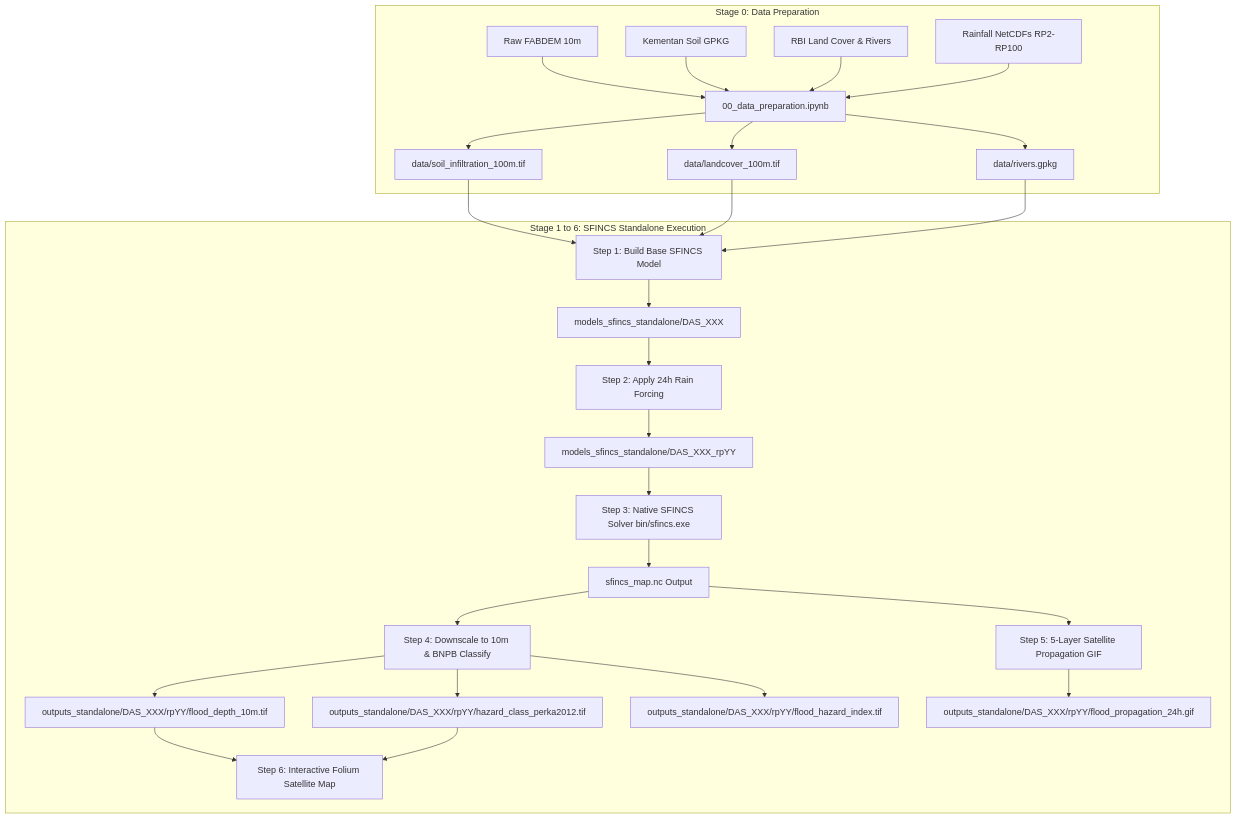
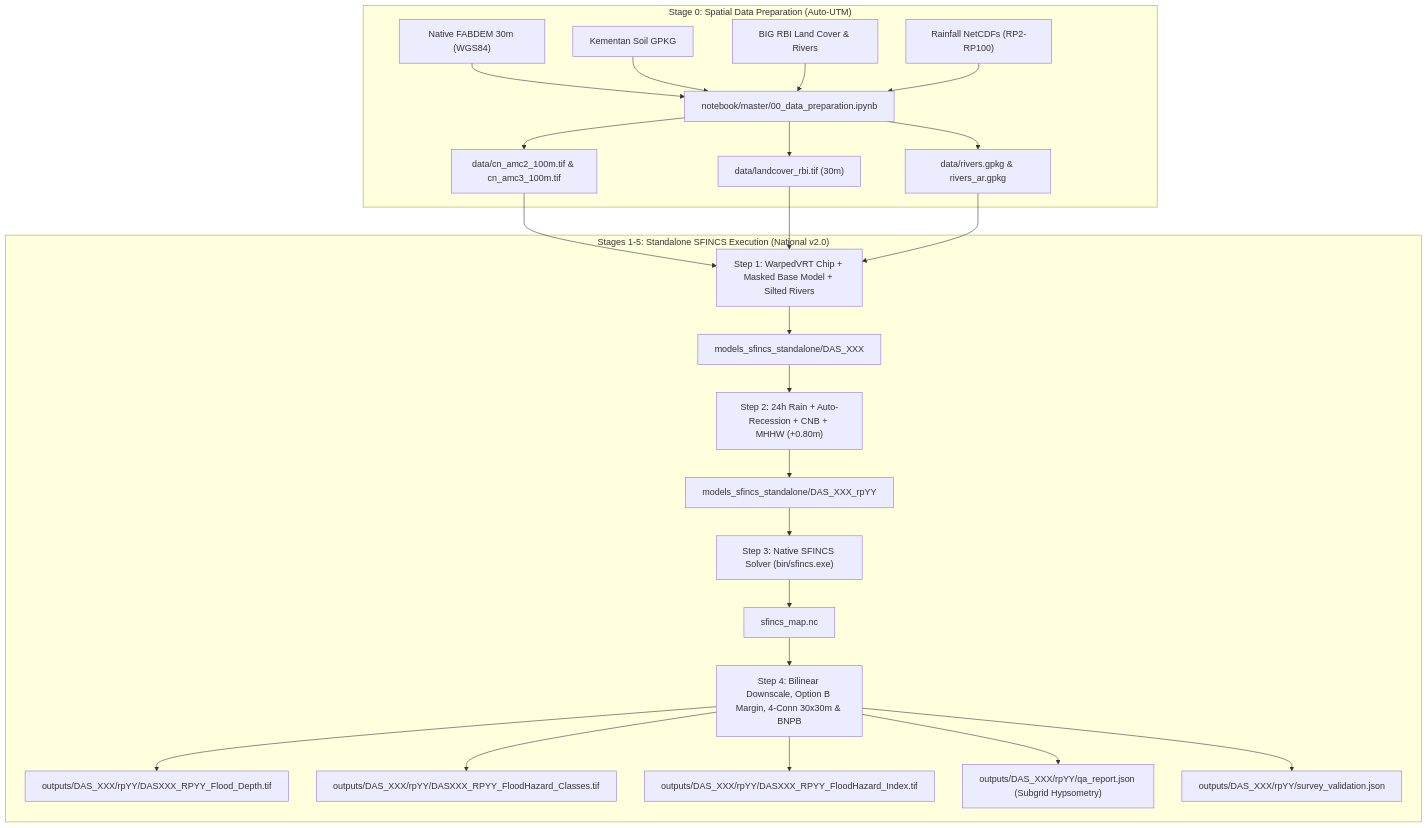
One commit to abednb/sumbar_flood_hazard changed the diagram in docs/PIPELINE.md. Above: the diagram before and after it, drawn with Mermaid. The commit also changed other lines of this file and 32 other files, not shown here.

````diff
--- a/docs/PIPELINE.md
+++ b/docs/PIPELINE.md
@@ -79,28 +83,27 @@
 ```mermaid
 graph TD
-    subgraph Stage 0: Data Preparation
-        D1[Raw FABDEM 10m] --> P0[00_data_preparation.ipynb]
-        D2[Kementan Soil GPKG] --> P0
-        D3[RBI Land Cover & Rivers] --> P0
-        D4[Rainfall NetCDFs RP2-RP100] --> P0
-        P0 --> C1[data/soil_infiltration_100m.tif]
-        P0 --> C2[data/landcover_100m.tif]
-        P0 --> C3[data/rivers.gpkg]
+    subgraph Stage0["Stage 0: Spatial Data Preparation (Auto-UTM)"]
+        D1["Native FABDEM 30m (WGS84)"] --> P0["notebook/master/00_data_preparation.ipynb"]
+        D2["Kementan Soil GPKG"] --> P0
+        D3["BIG RBI Land Cover & Rivers"] --> P0
+        D4["Rainfall NetCDFs (RP2-RP100)"] --> P0
+        P0 --> C1["data/cn_amc2_100m.tif & cn_amc3_100m.tif"]
+        P0 --> C2["data/landcover_rbi.tif (30m)"]
+        P0 --> C3["data/rivers.gpkg & rivers_ar.gpkg"]
     end
 
-    subgraph Stage 1 to 6: SFINCS Standalone Execution
-        C1 & C2 & C3 --> S1[Step 1: Build Base SFINCS Model]
-        S1 --> M1[models_sfincs_standalone/DAS_XXX]
-        M1 --> S2[Step 2: Apply 24h Rain Forcing]
-        S2 --> M2[models_sfincs_standalone/DAS_XXX_rpYY]
-        M2 --> S3[Step 3: Native SFINCS Solver bin/sfincs.exe]
-        S3 --> O1[sfincs_map.nc Output]
-        O1 --> S4[Step 4: Downscale to 10m & BNPB Classify]
-        S4 --> R1[outputs_standalone/DAS_XXX/rpYY/flood_depth_10m.tif]
-        S4 --> R2[outputs_standalone/DAS_XXX/rpYY/hazard_class_perka2012.tif]
-        S4 --> R3[outputs_standalone/DAS_XXX/rpYY/flood_hazard_index.tif]
-        O1 --> S5[Step 5: 5-Layer Satellite Propagation GIF]
-        S5 --> R4[outputs_standalone/DAS_XXX/rpYY/flood_propagation_24h.gif]
-        R1 & R2 --> S6[Step 6: Interactive Folium Satellite Map]
+    subgraph Stage1to5["Stages 1-5: Standalone SFINCS Execution (National v2.0)"]
+        C1 & C2 & C3 --> S1["Step 1: WarpedVRT Chip + Masked Base Model + Silted Rivers"]
+        S1 --> M1["models_sfincs_standalone/DAS_XXX"]
+        M1 --> S2["Step 2: 24h Rain + Auto-Recession + CNB + MHHW (+0.80m)"]
+        S2 --> M2["models_sfincs_standalone/DAS_XXX_rpYY"]
+        M2 --> S3["Step 3: Native SFINCS Solver (bin/sfincs.exe)"]
+        S3 --> O1["sfincs_map.nc"]
+        O1 --> S4["Step 4: Bilinear Downscale, Option B Margin, 4-Conn 30x30m & BNPB"]
+        S4 --> R1["outputs/DAS_XXX/rpYY/DASXXX_RPYY_Flood_Depth.tif"]
+        S4 --> R2["outputs/DAS_XXX/rpYY/DASXXX_RPYY_FloodHazard_Classes.tif"]
+        S4 --> R3["outputs/DAS_XXX/rpYY/DASXXX_RPYY_FloodHazard_Index.tif"]
+        S4 --> QA1["outputs/DAS_XXX/rpYY/qa_report.json (Subgrid Hypsometry)"]
+        S4 --> QA2["outputs/DAS_XXX/rpYY/survey_validation.json"]
     end
 ```
````
